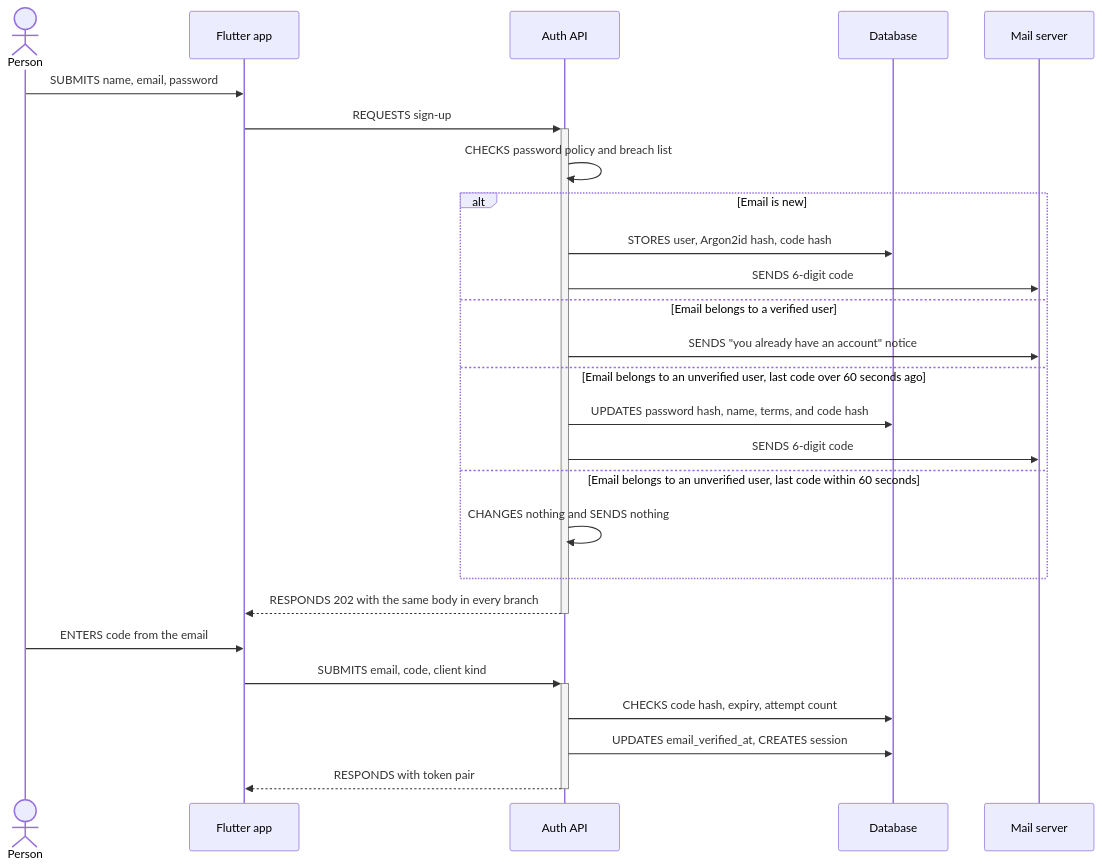
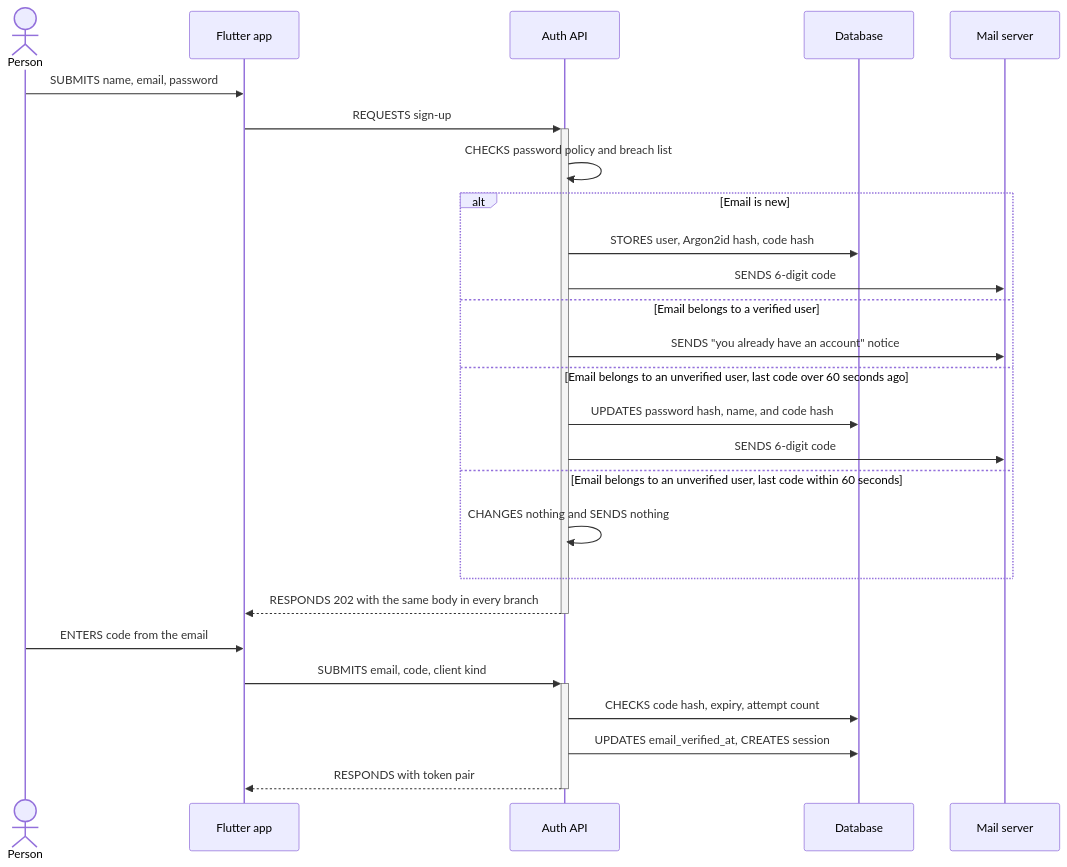
Before and after one commit to fam-tung-lam/job_status_found: the second of 6 diagrams in ai/specs/18_09_2026__auth/18_09_2026__auth-specification.md, drawn with Mermaid. The commit also changed other lines of this file and 22 other files, not shown here.

````diff
--- a/ai/specs/18_09_2026__auth/18_09_2026__auth-specification.md
+++ b/ai/specs/18_09_2026__auth/18_09_2026__auth-specification.md
@@ -266,31 +267,31 @@
 ```mermaid
 sequenceDiagram
     actor Person
     participant FlutterApp as Flutter app
     participant AuthApi as Auth API
     participant Database
     participant MailServer as Mail server
     Person ->> FlutterApp: SUBMITS name, email, password
     FlutterApp ->>+ AuthApi: REQUESTS sign-up
     AuthApi ->> AuthApi: CHECKS password policy and breach list
 
     alt Email is new
         AuthApi ->> Database: STORES user, Argon2id hash, code hash
         AuthApi ->> MailServer: SENDS 6-digit code
     else Email belongs to a verified user
         AuthApi ->> MailServer: SENDS "you already have an account" notice
     else Email belongs to an unverified user, last code over 60 seconds ago
-        AuthApi ->> Database: UPDATES password hash, name, terms, and code hash
+        AuthApi ->> Database: UPDATES password hash, name, and code hash
         AuthApi ->> MailServer: SENDS 6-digit code
     else Email belongs to an unverified user, last code within 60 seconds
         AuthApi ->> AuthApi: CHANGES nothing and SENDS nothing
     end
 
     AuthApi -->> FlutterApp: RESPONDS 202 with the same body in every branch
     deactivate AuthApi
     Person ->> FlutterApp: ENTERS code from the email
     FlutterApp ->>+ AuthApi: SUBMITS email, code, client kind
     AuthApi ->> Database: CHECKS code hash, expiry, attempt count
     AuthApi ->> Database: UPDATES email_verified_at, CREATES session
     AuthApi -->>- FlutterApp: RESPONDS with token pair
 ```
````
